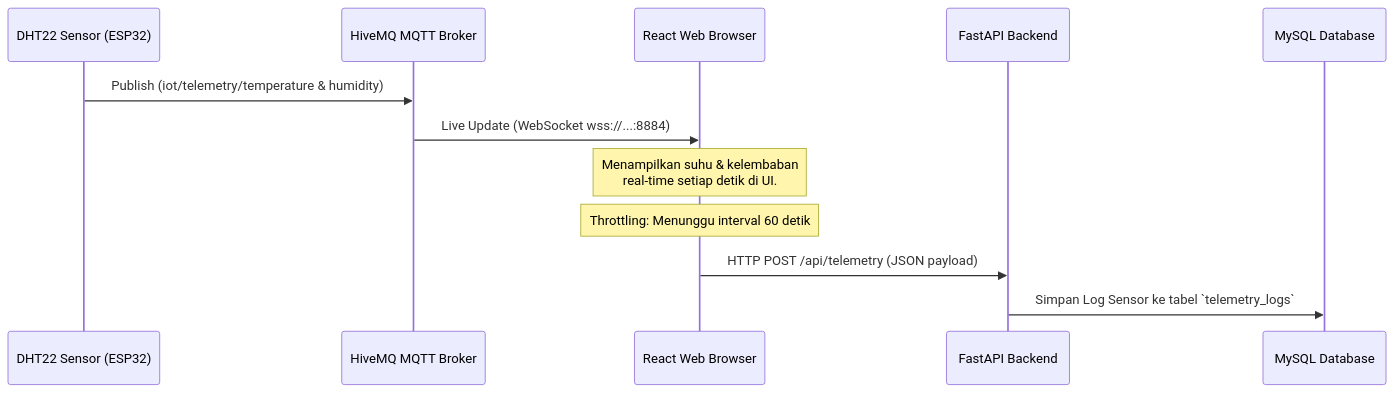
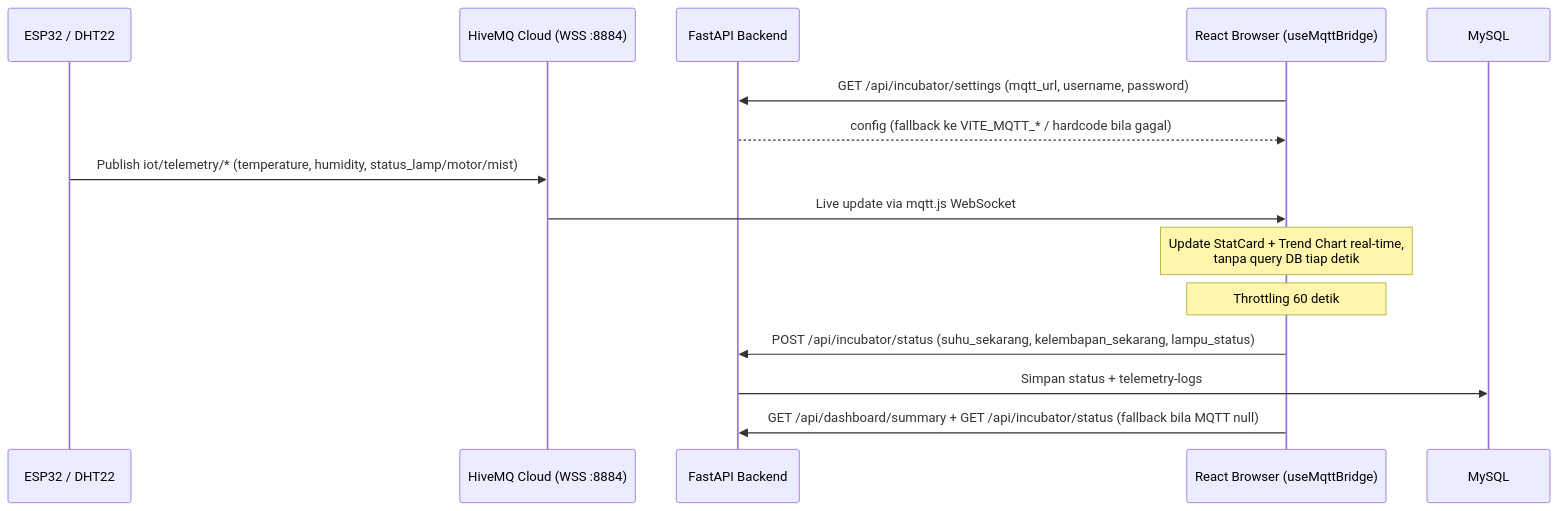
Before and after one commit to PrasetyaRiski/kampung_merak: the first of 3 diagrams in SYSTEM_DOCUMENTATION.md, drawn with Mermaid. The commit also changed other lines of this file and 118 other files, not shown here.

````diff
--- a/SYSTEM_DOCUMENTATION.md
+++ b/SYSTEM_DOCUMENTATION.md
@@ -43,16 +61,18 @@
 ```mermaid
 sequenceDiagram
-    participant Sensor as DHT22 Sensor (ESP32)
-    participant Broker as HiveMQ MQTT Broker
-    participant Web as React Web Browser
+    participant ESP as ESP32 / DHT22
+    participant Broker as HiveMQ Cloud (WSS :8884)
     participant API as FastAPI Backend
-    participant DB as MySQL Database
+    participant Web as React Browser (useMqttBridge)
+    participant DB as MySQL
 
-    Sensor->>Broker: Publish (iot/telemetry/temperature & humidity)
-    Broker->>Web: Live Update (WebSocket wss://...:8884)
-    Note over Web: Menampilkan suhu & kelembaban<br/>real-time setiap detik di UI.
-    
-    Note over Web: Throttling: Menunggu interval 60 detik
-    Web->>API: HTTP POST /api/telemetry (JSON payload)
-    API->>DB: Simpan Log Sensor ke tabel `telemetry_logs`
+    Web->>API: GET /api/incubator/settings (mqtt_url, username, password)
+    API-->>Web: config (fallback ke VITE_MQTT_* / hardcode bila gagal)
+    ESP->>Broker: Publish iot/telemetry/* (temperature, humidity, status_lamp/motor/mist)
+    Broker->>Web: Live update via mqtt.js WebSocket
+    Note over Web: Update StatCard + Trend Chart real-time,<br/>tanpa query DB tiap detik
+    Note over Web: Throttling 60 detik
+    Web->>API: POST /api/incubator/status (suhu_sekarang, kelembapan_sekarang, lampu_status)
+    API->>DB: Simpan status + telemetry-logs
+    Web->>API: GET /api/dashboard/summary + GET /api/incubator/status (fallback bila MQTT null)
 ```
````
